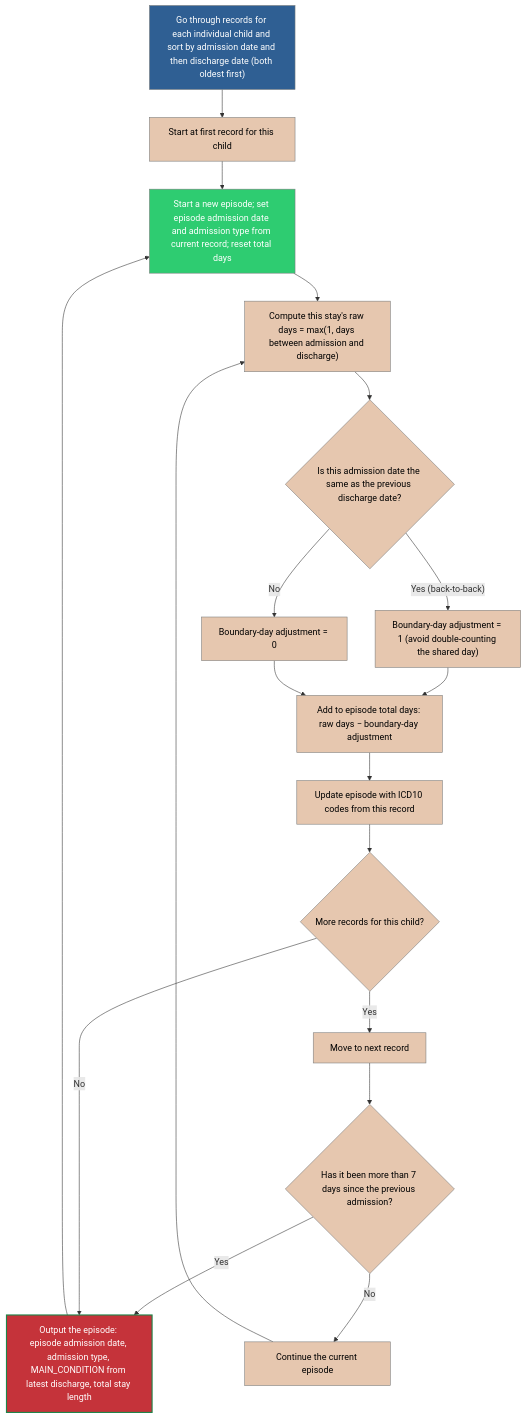
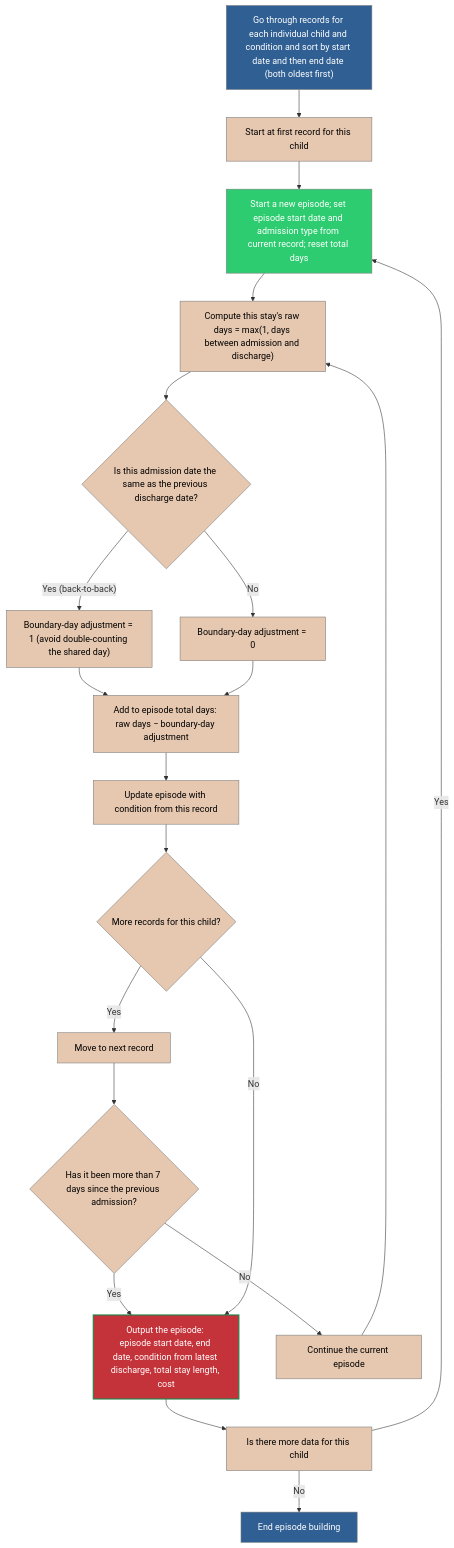
Before and after one commit to HomesHeatAndHealthyKids/DataLochAnalysis: the second of 6 diagrams in arI_category.md, drawn with Mermaid. The commit also changed other lines of this file, not shown here.

````diff
--- a/arI_category.md
+++ b/arI_category.md
@@ -12,43 +79,46 @@
 ```mermaid
 
 flowchart TD
 
-  SMR_child_data["Go through records for each individual child and sort by admission date and then discharge date (both oldest first) "] --> C["Start at first record for this child"]
-  C --> start_episode["Start a new episode; set episode admission date and admission type from current record; reset total days"]
+  SMR_child_data["Go through records for each individual child and condition and sort by start date and then end date (both oldest first) "] --> C["Start at first record for this child"]
+  C --> start_episode["Start a new episode; set episode start date and admission type from current record; reset total days"]
   E{"Has it been more than 7 days since the previous admission?"} -->|"Yes"| SMR_output_rec
-  SMR_output_rec --> start_episode
+  SMR_output_rec --> move_next["Is there more data for this child"]
+  move_next --> |"Yes"| start_episode
+  move_next --> |"No"| end_process["End episode building"]
+
   E -->|"No"| F["Continue the current episode"]
 
   start_episode --> G["Compute this stay's raw days = max(1, days between admission and discharge)"]
   F --> G
   
   G --> adm_check{"Is this admission date the same as the previous discharge date?"}
   adm_check -->|"Yes (back-to-back)"| bound_adj["Boundary-day adjustment = 1 (avoid double-counting the shared day)"]
   adm_check -->|"No"| no_bound_adj["Boundary-day adjustment = 0"]
   bound_adj --> H["Add to episode total days: raw days − boundary-day adjustment"]
   no_bound_adj --> H
 
 
 
-  H --> J["Update episode with ICD10 codes from this record"]
+  H --> J["Update episode with condition from this record"]
   
   J --> L{"More records for this child?"}
 
   L -->|"Yes"| M["Move to next record"]
   M --> E
-  L -->|"No"| SMR_output_rec["Output the episode: episode admission date, admission type, MAIN_CONDITION from latest discharge, total stay length"]
+  L -->|"No"| SMR_output_rec["Output the episode: episode start date, end date, condition from latest discharge, total stay length, cost"]
 
   %% =========================
   %% Styling
   %% =========================
   classDef record fill:	#C5333A,color: #ffffff,stroke: #1e8449,stroke-width:2px;
   classDef data fill: #2F5F93,color: #ffffff,stroke: #7b7d7d,stroke-width:1px;
   classDef node fill: #E6C7AF,color: #000000,stroke: #7b7d7d,stroke-width:1px;
   classDef new_data fill: #2ecc71,color: #ffffff,stroke: #7b7d7d,stroke-width:1px;
 
   class SMR_output_rec record
-  class SMR_child_data data
+  class SMR_child_data,end_process data
   class C,D,E,F,G,H,J,K,L,M node
   class start_episode new_data
 
 ```
````
